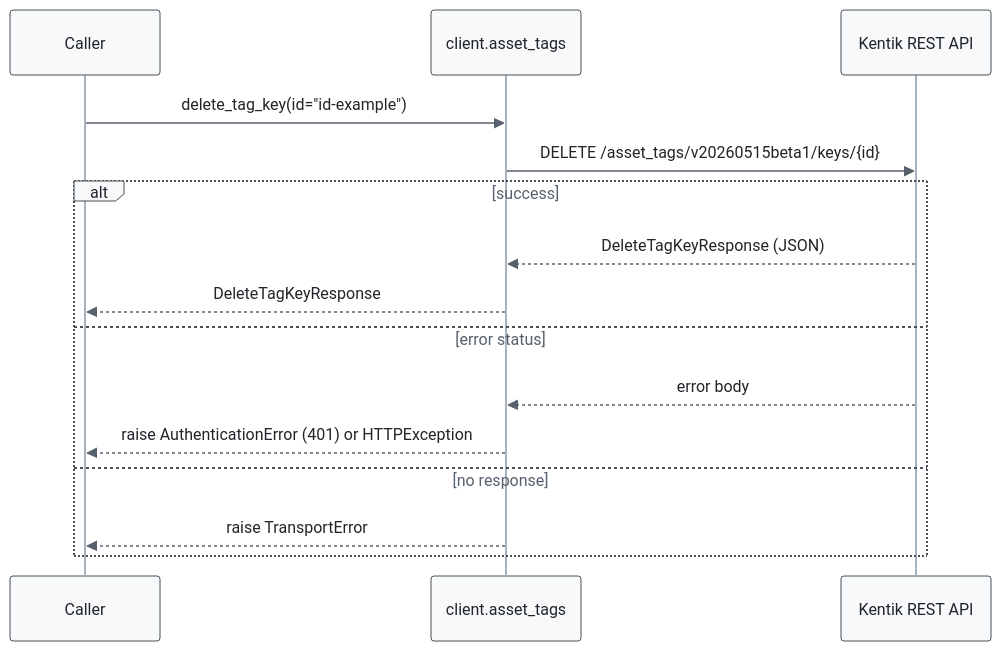
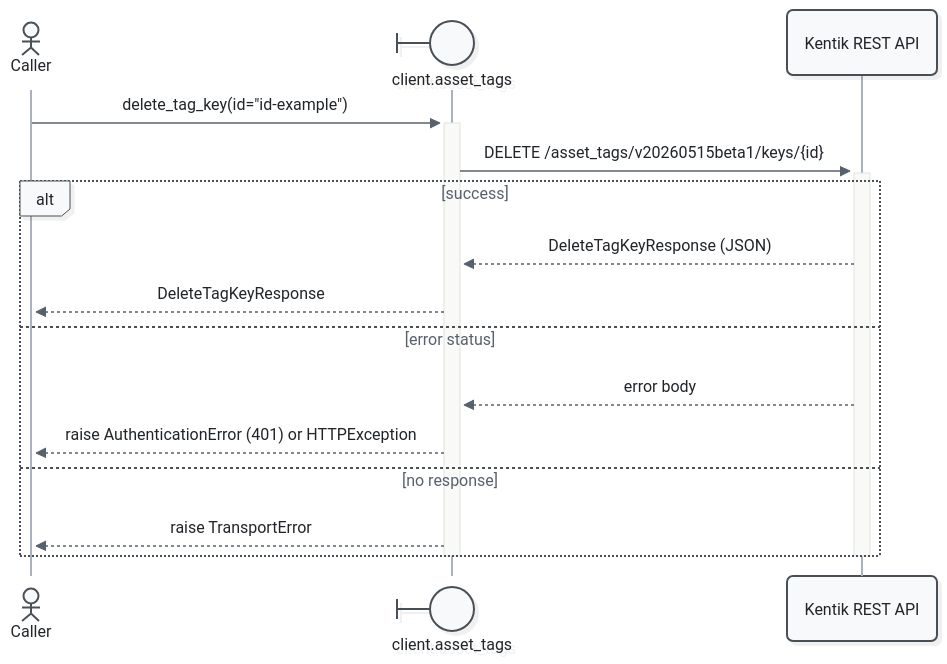
Diagram 11 of 19 in docs/sphinx/services/asset_tags.md (alexdearaujo/community_sdk_python), drawn with Mermaid before and after one commit. The commit also changed other lines of this file and 52 other files, not shown here.

First line of the commit message:
docs: Mermaid 12 sequence diagrams with participant types and path colors

````diff
--- a/docs/sphinx/services/asset_tags.md
+++ b/docs/sphinx/services/asset_tags.md
@@ -421,19 +446,21 @@
 ```mermaid
-%%{init: {"theme": "base", "fontFamily": "ui-monospace, SFMono-Regular, Menlo, monospace", "themeVariables": {"fontFamily": "ui-monospace, SFMono-Regular, Menlo, monospace", "primaryColor": "#f8f9fa", "primaryBorderColor": "#495057", "primaryTextColor": "#212529", "textColor": "#212529", "lineColor": "#77818c", "edgeLabelBackground": "#ffffff", "actorBkg": "#f8f9fa", "actorBorder": "#495057", "actorTextColor": "#212529", "actorLineColor": "#a9b3be", "signalColor": "#57616d", "signalTextColor": "#212529", "labelBoxBkgColor": "#f8f9fa", "labelBoxBorderColor": "#495057", "labelTextColor": "#212529", "loopTextColor": "#57616d", "noteBkgColor": "#fff9db", "noteBorderColor": "#f08c00", "noteTextColor": "#a35a00"}, "flowchart": {"curve": "step", "nodeSpacing": 30, "rankSpacing": 70, "wrappingWidth": 400}}}%%
+%%{init: {"theme": "redux", "look": "neo", "layout": "dagre", "fontFamily": "ui-monospace, SFMono-Regular, Menlo, monospace", "themeVariables": {"fontFamily": "ui-monospace, SFMono-Regular, Menlo, monospace", "primaryColor": "#f8f9fa", "primaryBorderColor": "#495057", "primaryTextColor": "#212529", "textColor": "#212529", "lineColor": "#77818c", "edgeLabelBackground": "#ffffff", "actorBkg": "#f8f9fa", "actorBorder": "#495057", "actorTextColor": "#212529", "actorLineColor": "#a9b3be", "signalColor": "#57616d", "signalTextColor": "#212529", "labelBoxBkgColor": "#f8f9fa", "labelBoxBorderColor": "#495057", "labelTextColor": "#212529", "loopTextColor": "#57616d", "noteBkgColor": "#fff9db", "noteBorderColor": "#f08c00", "noteTextColor": "#a35a00"}, "sequence": {"activationWidth": 16}, "flowchart": {"curve": "step", "nodeSpacing": 30, "rankSpacing": 70, "wrappingWidth": 400}}}%%
 sequenceDiagram
-    participant C as Caller
-    participant W as client.asset_tags
+    actor C as Caller
+    participant W@{ "type": "boundary" } as client.asset_tags
     participant API as Kentik REST API
 
-    C->>W: delete_tag_key(id="id-example")
-    W->>API: DELETE /asset_tags/v20260515beta1/keys/{id}
+    C->>+W: delete_tag_key(id="id-example")
+    W->>+API: DELETE /asset_tags/v20260515beta1/keys/{id}
     alt success
         API-->>W: DeleteTagKeyResponse (JSON)
         W-->>C: DeleteTagKeyResponse
     else error status
         API-->>W: error body
         W-->>C: raise AuthenticationError (401) or HTTPException
     else no response
         W-->>C: raise TransportError
     end
+    deactivate API
+    deactivate W
 ```
````
